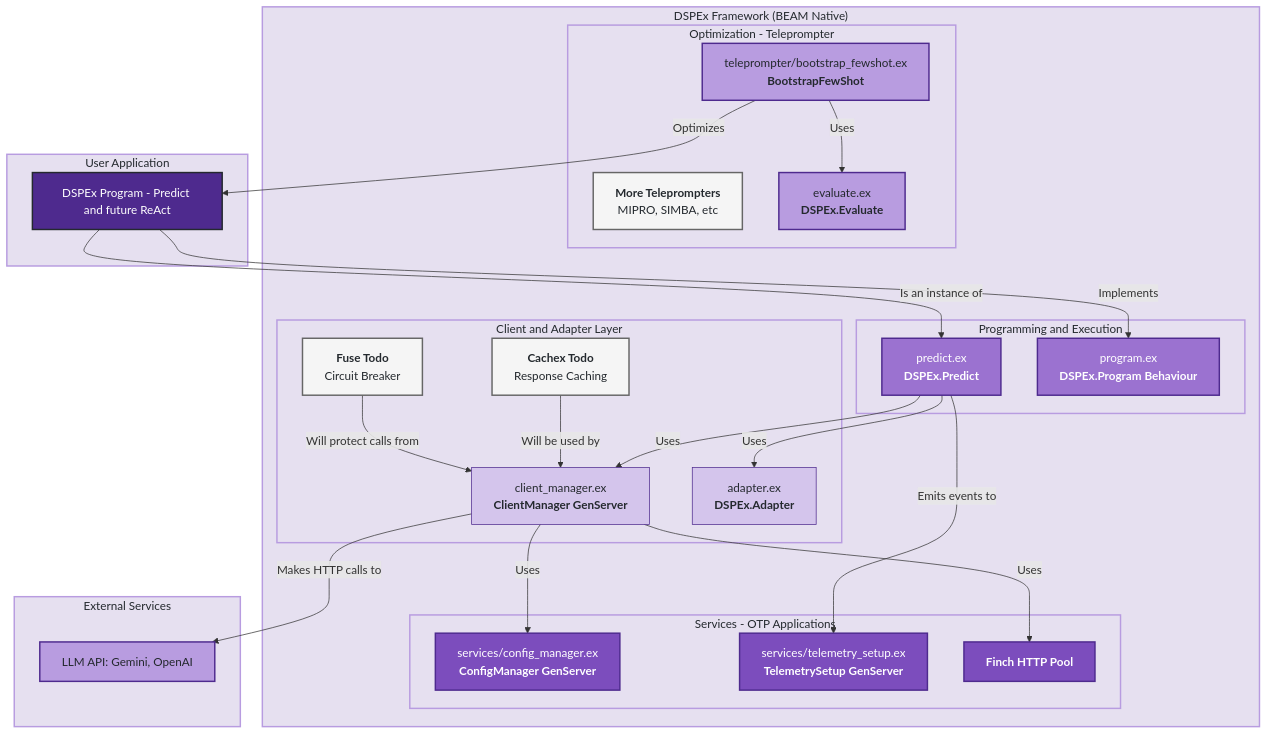
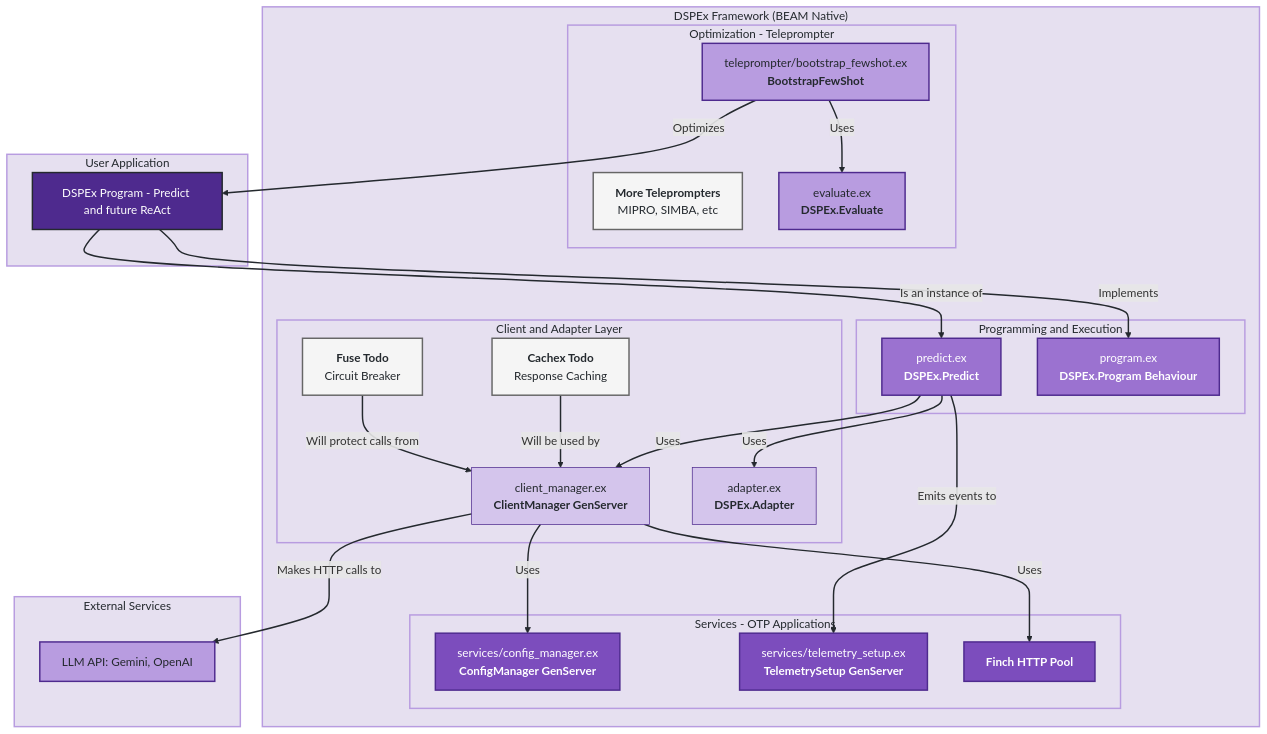
Before and after one commit to nshkrdotcom/ds_ex: the first of 4 diagrams in DIAGS_dspex_gap.md, drawn with Mermaid. The commit also changed other lines of this file and 31 other files, not shown here.

````diff
--- a/DIAGS_dspex_gap.md
+++ b/DIAGS_dspex_gap.md
@@ -14,70 +14,73 @@
 ```mermaid
 graph TD
     subgraph UA["User Application"]
         A["DSPEx Program - Predict and future ReAct"]
     end
 
     subgraph DSP["DSPEx Framework (BEAM Native)"]
         subgraph SOA["Services - OTP Applications"]
             S1["services/config_manager.ex<br><b>ConfigManager GenServer</b>"]
             S2["services/telemetry_setup.ex<br><b>TelemetrySetup GenServer</b>"]
             S3["<b>Finch HTTP Pool</b>"]
         end
 
         subgraph PAE["Programming and Execution"]
             P["predict.ex<br><b>DSPEx.Predict</b>"]
             PROG["program.ex<br><b>DSPEx.Program Behaviour</b>"]
         end
 
         subgraph OT["Optimization - Teleprompter"]
             T["teleprompter/bootstrap_fewshot.ex<br><b>BootstrapFewShot</b>"]
             T_TODO["<b>More Teleprompters</b><br>MIPRO, SIMBA, etc"]
             EVAL["evaluate.ex<br><b>DSPEx.Evaluate</b>"]
         end
 
         subgraph CAL["Client and Adapter Layer"]
             CM["client_manager.ex<br><b>ClientManager GenServer</b>"]
             ADP["adapter.ex<br><b>DSPEx.Adapter</b>"]
             CM_CACHE["<b>Cachex Todo</b><br>Response Caching"]
             CM_FUSE["<b>Fuse Todo</b><br>Circuit Breaker"]
         end
     end
 
     subgraph ES["External Services"]
         LLM["LLM API: Gemini, OpenAI"]
     end
 
     A -- "Implements" --> PROG
     A -- "Is an instance of" --> P
 
     P -- "Uses" --> CM
     P -- "Uses" --> ADP
     CM -- "Uses" --> S1
     CM -- "Uses" --> S3
     P -- "Emits events to" --> S2
 
     T -- "Optimizes" --> A
     T -- "Uses" --> EVAL
 
     CM_CACHE -- "Will be used by" --> CM
     CM_FUSE -- "Will protect calls from" --> CM
     CM -- "Makes HTTP calls to" --> LLM
 
     %% Elixir-inspired styling
     classDef setupPhase fill:#4e2a8e,stroke:#24292e,stroke-width:2px,color:#fff
     classDef concurrentEngine fill:#7c4dbd,stroke:#4e2a8e,stroke-width:2px,color:#fff
     classDef taskNode fill:#9b72d0,stroke:#4e2a8e,stroke-width:2px,color:#fff
     classDef processNode fill:#b89ce0,stroke:#4e2a8e,stroke-width:2px,color:#24292e
     classDef resultNode fill:#d4c5ec,stroke:#4e2a8e,stroke-width:1px,color:#24292e
     classDef aggregationPhase fill:#f5f5f5,stroke:#666,stroke-width:2px,color:#24292e
     classDef subgraphTitleTop fill:#e6e0f0,stroke:#b89ce0,stroke-width:2px,color:#24292e
 
     class A setupPhase
     class S1,S2,S3 concurrentEngine
     class P,PROG taskNode
     class T,EVAL processNode
     class CM,ADP resultNode
     class T_TODO,CM_CACHE,CM_FUSE aggregationPhase
     class LLM processNode
     class UA,DSP,SOA,PAE,OT,CAL,ES subgraphTitleTop
+
+    %% Darker arrow styling for better visibility
+    linkStyle default stroke:#24292e,stroke-width:2px
 ```
````
